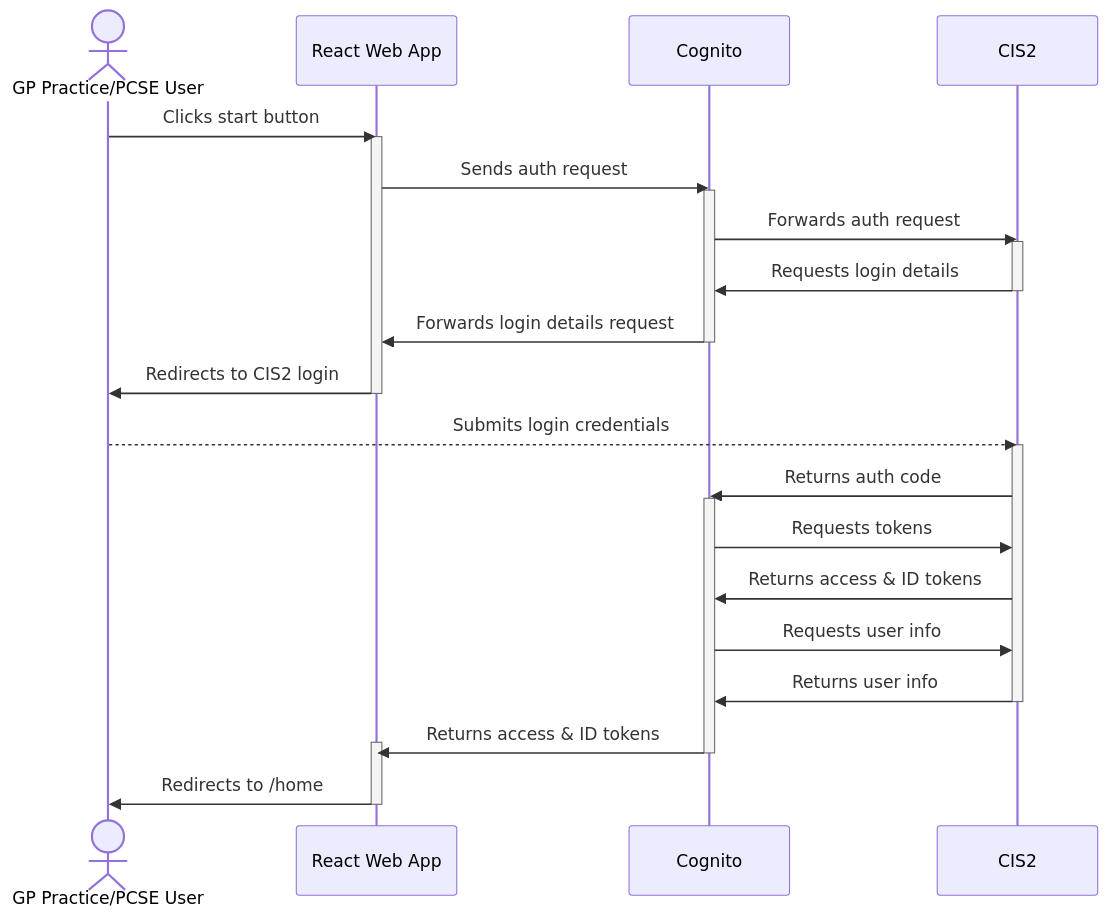
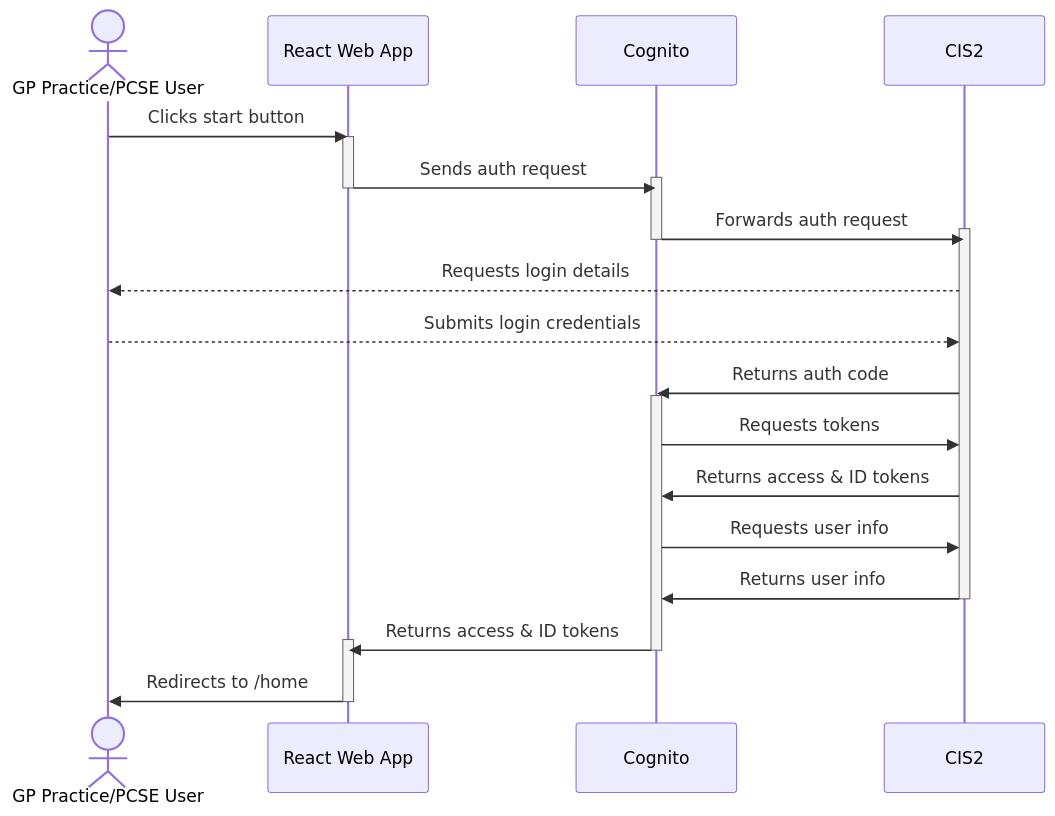
One commit to nhsconnect/document-store-prototype changed the diagram in docs/diagrams/sequence/auth.md. Above: the diagram before and after it, drawn with Mermaid.

Commit message:
[PRMT-3138] Correct auth sequence diagram with CIS2 login details request

````diff
--- a/docs/diagrams/sequence/auth.md
+++ b/docs/diagrams/sequence/auth.md
@@ -10,30 +10,26 @@
 ```mermaid
 sequenceDiagram
     actor GP Practice/PCSE User
     GP Practice/PCSE User ->> React Web App: Clicks start button
     activate React Web App
     React Web App ->> Cognito: Sends auth request
     activate Cognito
+    deactivate React Web App
     Cognito ->> CIS2: Forwards auth request
     activate CIS2
-    CIS2 ->> Cognito: Requests login details
-    deactivate CIS2
-    Cognito ->> React Web App: Forwards login details request
     deactivate Cognito
-    React Web App ->> GP Practice/PCSE User: Redirects to CIS2 login
-    deactivate React Web App
+    CIS2 -->> GP Practice/PCSE User: Requests login details
     GP Practice/PCSE User -->> CIS2: Submits login credentials
-    activate CIS2
     CIS2 ->> Cognito: Returns auth code
     activate Cognito
     Cognito ->> CIS2: Requests tokens
     CIS2 ->> Cognito: Returns access & ID tokens
     Cognito ->> CIS2: Requests user info
     CIS2 ->> Cognito: Returns user info
     deactivate CIS2
     Cognito ->> React Web App: Returns access & ID tokens
     activate React Web App
     deactivate Cognito
     React Web App ->> GP Practice/PCSE User: Redirects to /home
     deactivate React Web App
 ```
````
